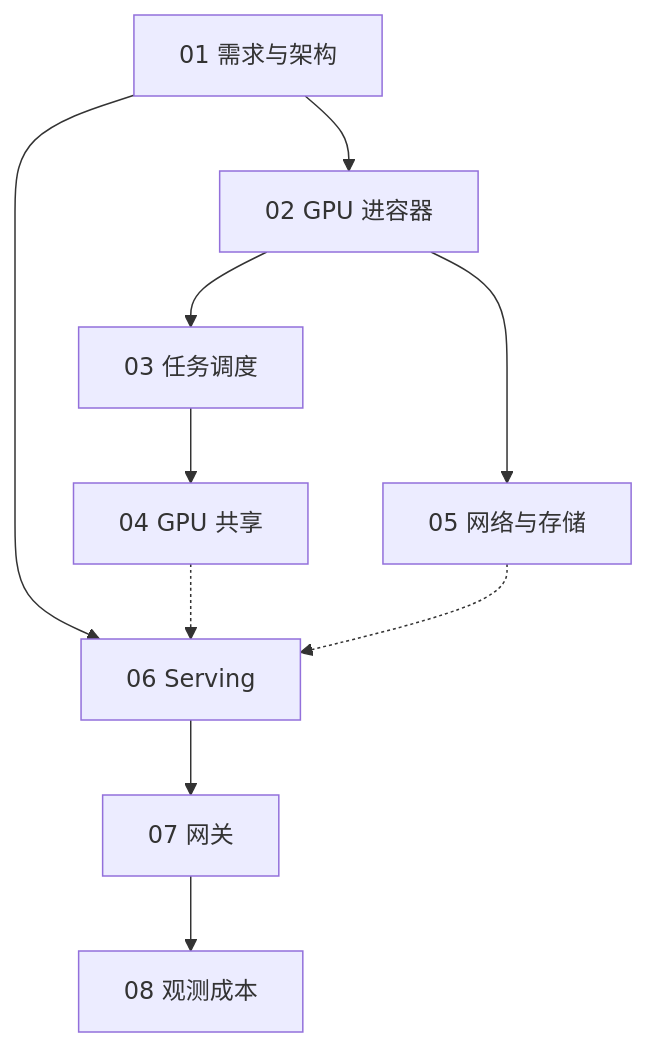
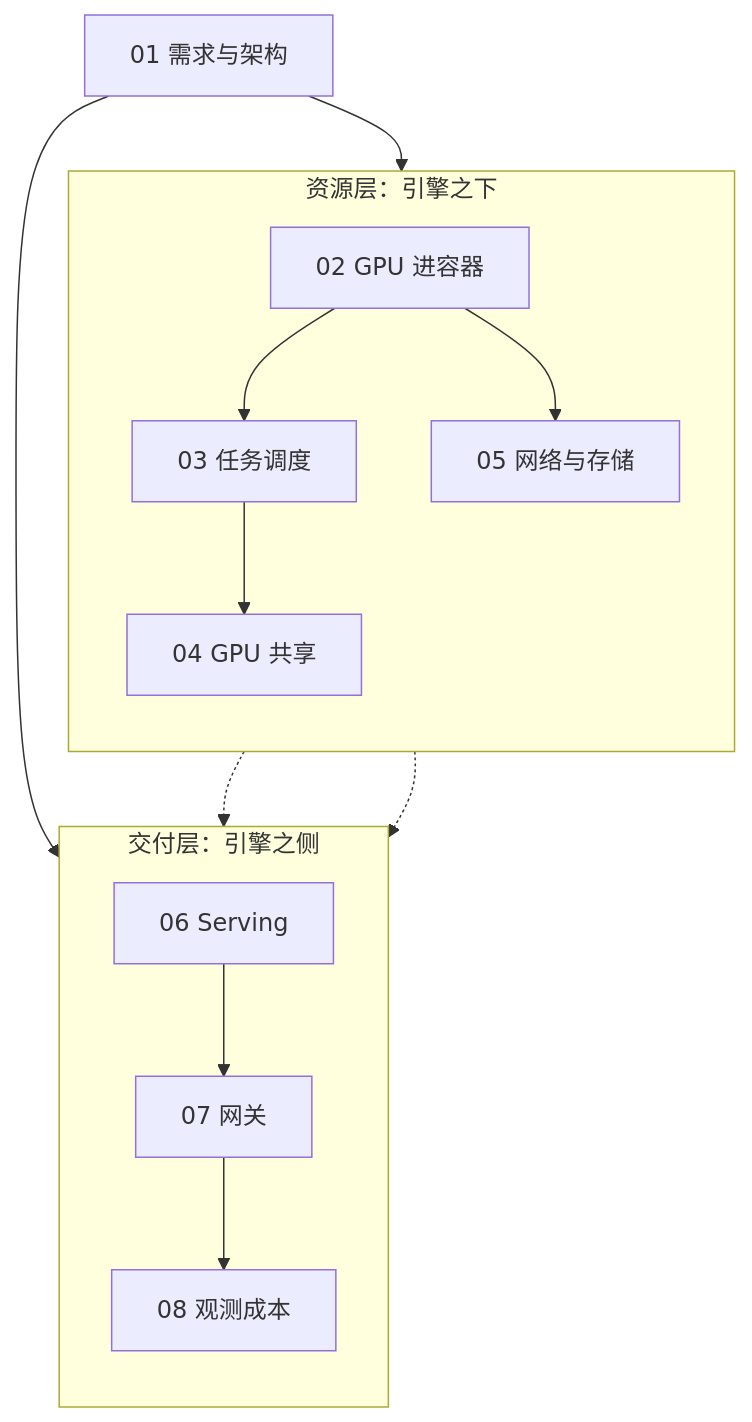
The diagram in slides/2026-09-22-ai-platform-engineering.md (arganzheng/arganzheng.github.com), drawn with Mermaid before and after one commit.

Commit message:
slides/ai-platform-engineering: restore dropped mermaid nodes/branches (semantic audit) — split long flows to v sub-slides

````diff
--- a/slides/2026-09-22-ai-platform-engineering.md
+++ b/slides/2026-09-22-ai-platform-engineering.md
@@ -35,11 +35,17 @@
 ```mermaid
 %%{init: {"flowchart": {"wrappingWidth": 160}}}%%
 flowchart TB
     P1["01 需求与架构"]
-    P2["02 GPU 进容器"] --> P3["03 任务调度"] --> P4["04 GPU 共享"]
-    P2 --> P5["05 网络与存储"]
-    P6["06 Serving"] --> P7["07 网关"] --> P8["08 观测成本"]
+    subgraph RES["资源层：引擎之下"]
+        direction TB
+        P2["02 GPU 进容器"] --> P3["03 任务调度"] --> P4["04 GPU 共享"]
+        P2 --> P5["05 网络与存储"]
+    end
+    subgraph DEL["交付层：引擎之侧"]
+        direction TB
+        P6["06 Serving"] --> P7["07 网关"] --> P8["08 观测成本"]
+    end
     P1 --> P2
     P1 --> P6
     P4 & P5 -.-> P6
 ```
````
